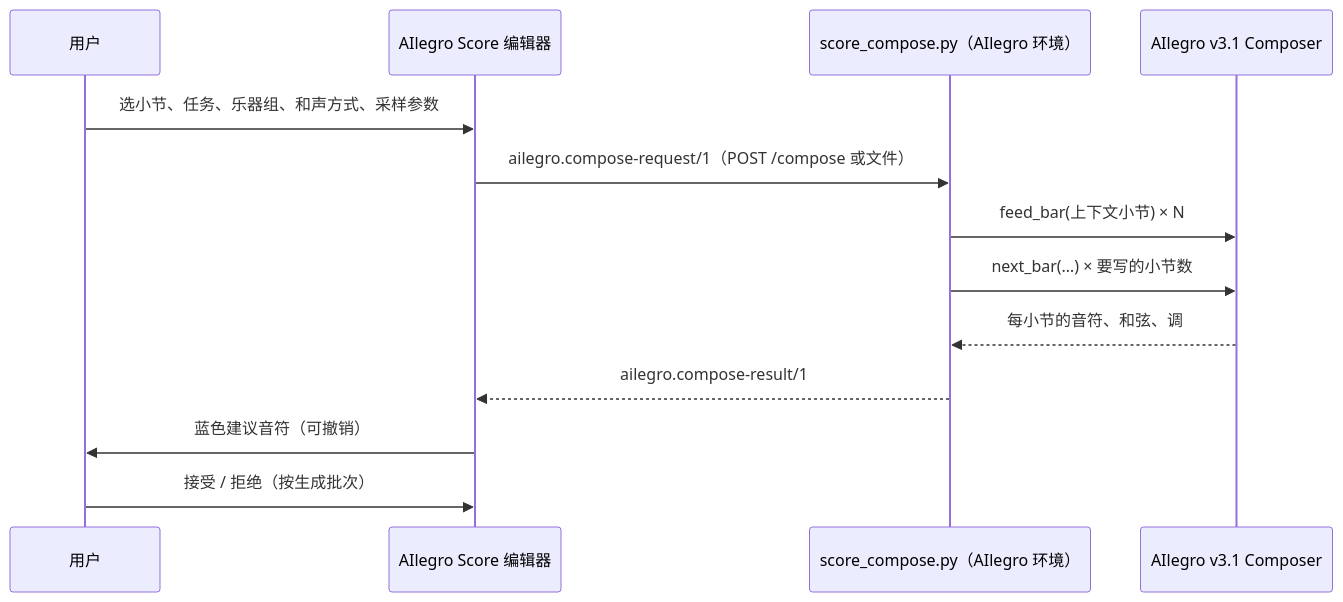
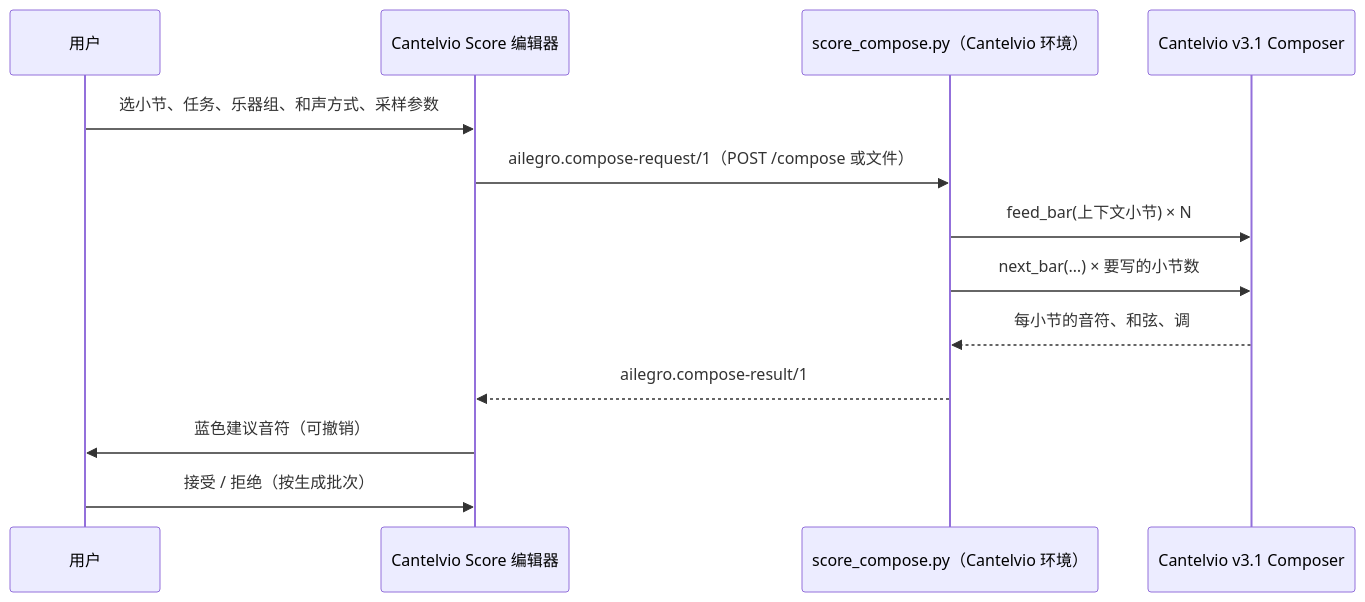
One commit to chenjinfu00/Cantelvio changed the diagram in Score/docs/ailegro-integration.md. Above: the diagram before and after it, drawn with Mermaid. The commit also changed other lines of this file and 196 other files, not shown here.

````diff
--- a/Score/docs/ailegro-integration.md
+++ b/Score/docs/ailegro-integration.md
@@ -17,15 +20,15 @@
 ```mermaid
 sequenceDiagram
   participant U as 用户
-  participant E as AIlegro Score 编辑器
-  participant A as score_compose.py（AIlegro 环境）
-  participant M as AIlegro v3.1 Composer
+  participant E as Cantelvio Score 编辑器
+  participant A as score_compose.py（Cantelvio 环境）
+  participant M as Cantelvio v3.1 Composer
   U->>E: 选小节、任务、乐器组、和声方式、采样参数
   E->>A: ailegro.compose-request/1（POST /compose 或文件）
   A->>M: feed_bar(上下文小节) × N
   A->>M: next_bar(…) × 要写的小节数
   M-->>A: 每小节的音符、和弦、调
   A-->>E: ailegro.compose-result/1
   E->>U: 蓝色建议音符（可撤销）
   U->>E: 接受 / 拒绝（按生成批次）
 ```
````
